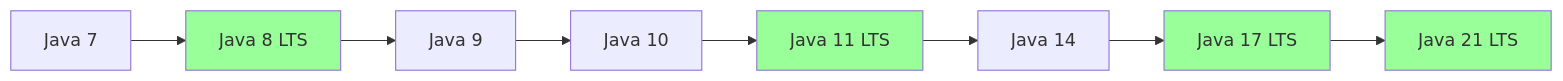
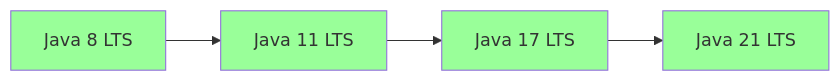
The first of 3 diagrams in _posts/java/2026-05-02-java-versions.md (yjkim2015/yjkim2015.github.io), drawn with Mermaid before and after one commit. The commit also changed other lines of this file and 163 other files, not shown here.

First line of the commit message:
Mermaid 300개 블록 내용 축소: 5노드 5엣지 이하, 의미 있는 약어

````diff
--- a/_posts/java/2026-05-02-java-versions.md
+++ b/_posts/java/2026-05-02-java-versions.md
@@ -30,14 +30,10 @@
 ```mermaid
 graph LR
-    A["Java 7"] --> B["Java 8 LTS"]
-    B --> C["Java 9"]
-    C --> D["Java 10"]
-    D --> E["Java 11 LTS"]
-    E --> F["Java 14"]
-    F --> G["Java 17 LTS"]
+    B["Java 8 LTS"] --> E["Java 11 LTS"]
+    E --> G["Java 17 LTS"]
     G --> H["Java 21 LTS"]
     style B fill:#99ff99
     style E fill:#99ff99
     style G fill:#99ff99
     style H fill:#99ff99
 ```
````
